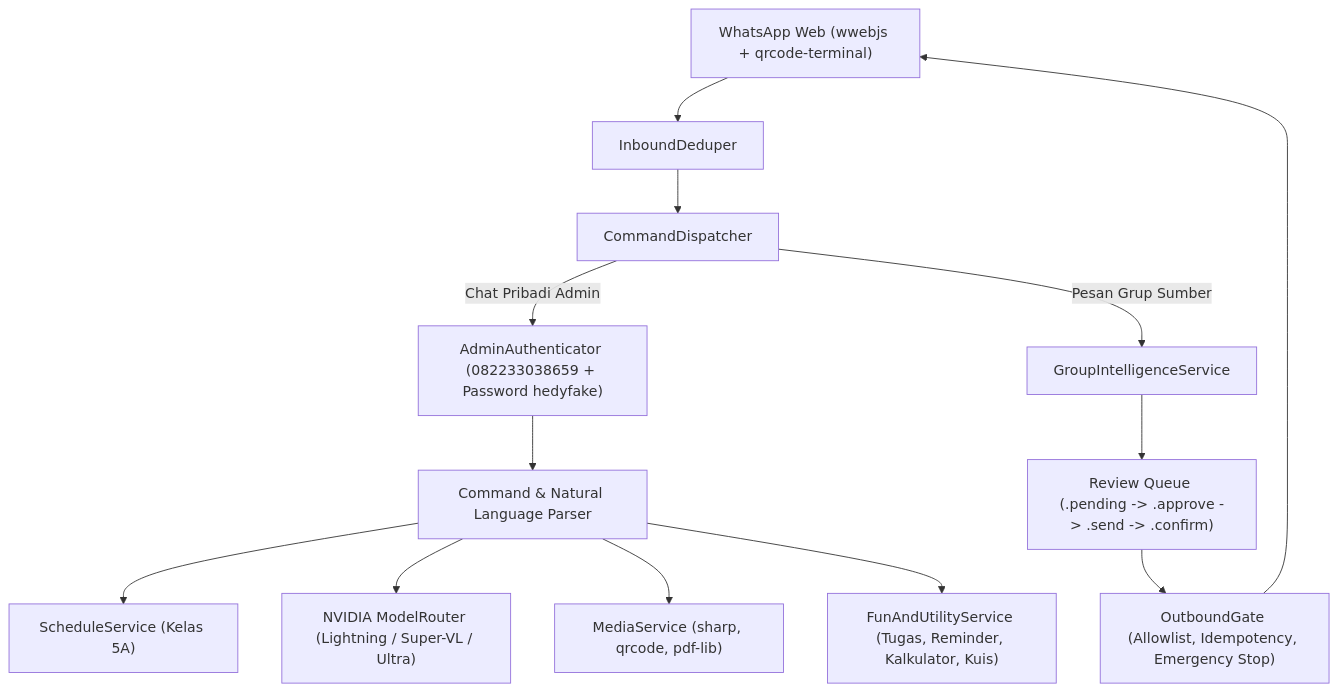
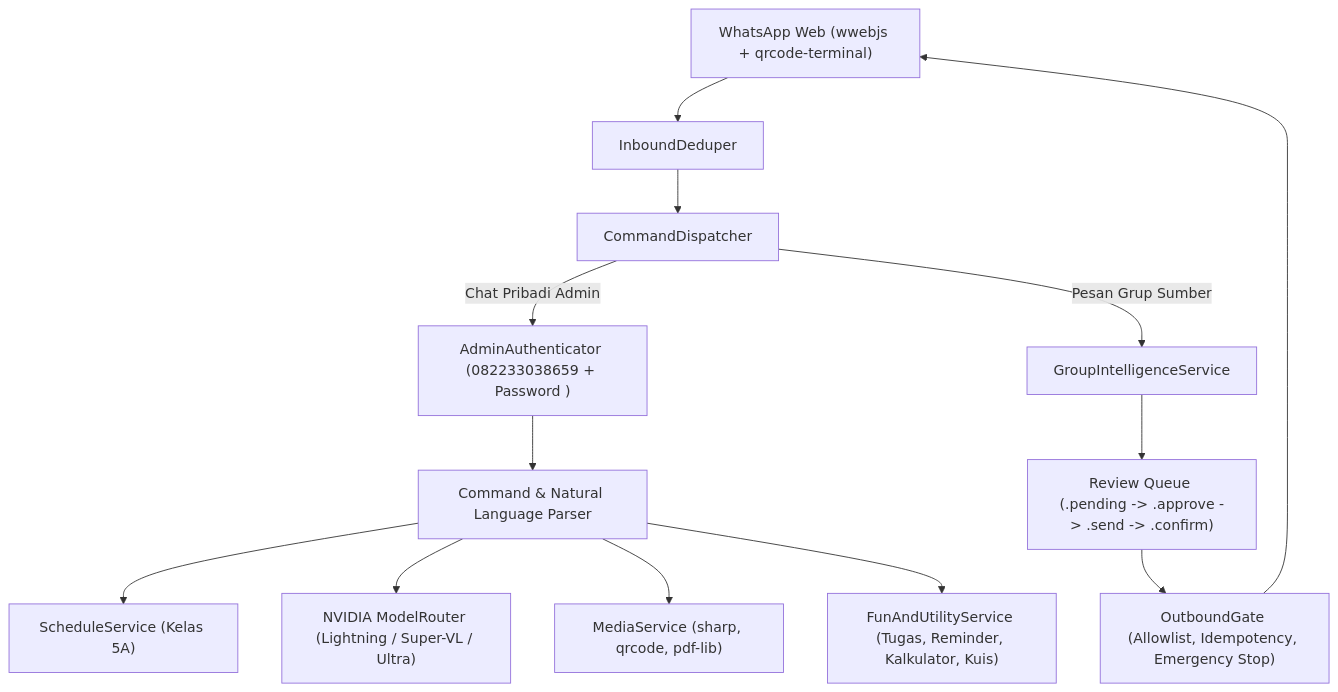
One commit to HedyFake/bot-wa changed the diagram in docs/ARCHITECTURE.md. Above: the diagram before and after it, drawn with Mermaid. The commit also changed other lines of this file and 55 other files, not shown here.

````diff
--- a/docs/ARCHITECTURE.md
+++ b/docs/ARCHITECTURE.md
@@ -6,15 +6,15 @@
 ```mermaid
 flowchart TD
     WA["WhatsApp Web (wwebjs + qrcode-terminal)"] --> DEDUP["InboundDeduper"]
     DEDUP --> DISP["CommandDispatcher"]
-    DISP -->|Chat Pribadi Admin| AUTH["AdminAuthenticator (082233038659 + Password hedyfake)"]
+    DISP -->|Chat Pribadi Admin| AUTH["AdminAuthenticator (082233038659 + Password <password admin dari konfigurasi>)"]
     DISP -->|Pesan Grup Sumber| GI["GroupIntelligenceService"]
     AUTH --> PARSER["Command & Natural Language Parser"]
     PARSER --> SCHED["ScheduleService (Kelas 5A)"]
     PARSER --> AI["NVIDIA ModelRouter (Lightning / Super-VL / Ultra)"]
     PARSER --> MEDIA["MediaService (sharp, qrcode, pdf-lib)"]
     PARSER --> FUN["FunAndUtilityService (Tugas, Reminder, Kalkulator, Kuis)"]
     GI --> REVIEW["Review Queue (.pending -> .approve -> .send -> .confirm)"]
     REVIEW --> GATE["OutboundGate (Allowlist, Idempotency, Emergency Stop)"]
     GATE --> WA
 ```
````
